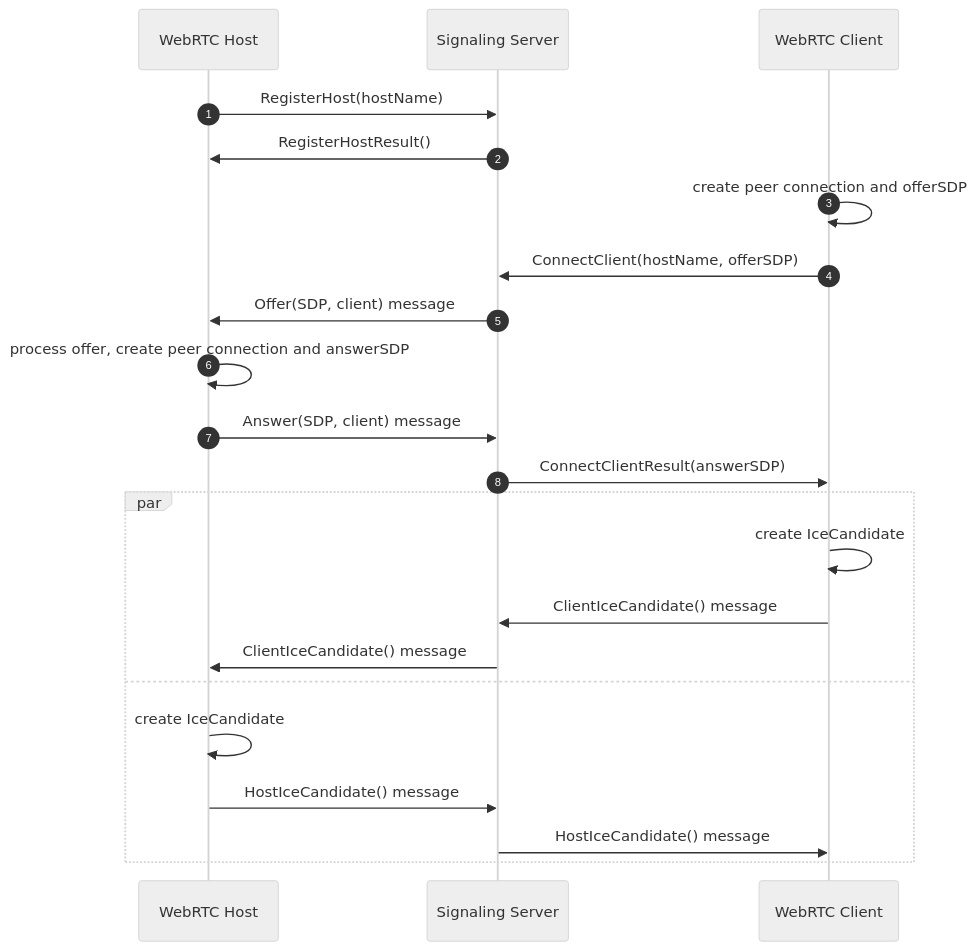
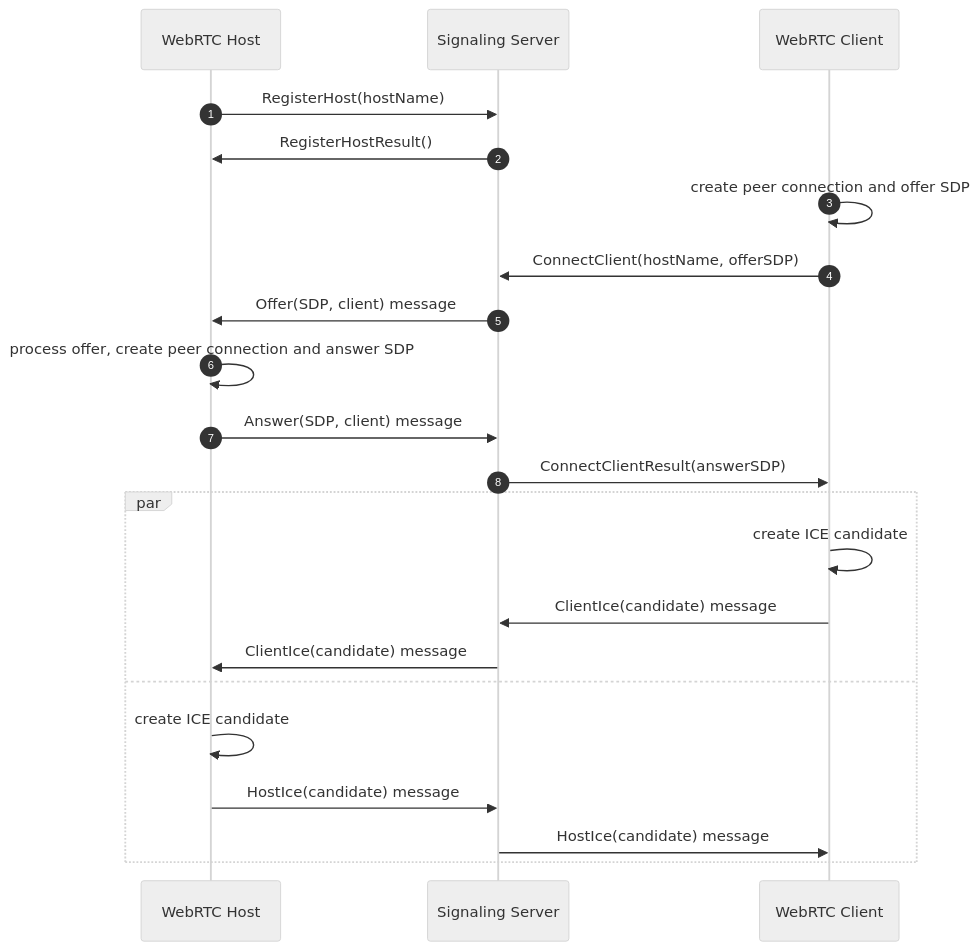
The diagram in Json/Fliox.Hub.WebRTC/README.md (friflo/Friflo.Json.Fliox), drawn with Mermaid (neutral theme) before and after one commit. The commit also changed other lines of this file, not shown here.

Commit message:
WebRTC/README.md update

````diff
--- a/Json/Fliox.Hub.WebRTC/README.md
+++ b/Json/Fliox.Hub.WebRTC/README.md
@@ -18,27 +23,27 @@
 ``` mermaid
 sequenceDiagram
   autonumber
     WebRTC Host      ->>    Signaling Server:   RegisterHost(hostName)
     Signaling Server ->>    WebRTC Host:        RegisterHostResult()
 
-    WebRTC Client    ->>    WebRTC Client:      create peer connection and offerSDP
+    WebRTC Client    ->>    WebRTC Client:      create peer connection and offer SDP
     WebRTC Client    ->>    Signaling Server:   ConnectClient(hostName, offerSDP)
 
     Signaling Server ->>    WebRTC Host:        Offer(SDP, client) message
-    WebRTC Host      ->>    WebRTC Host:        process offer, create peer connection and answerSDP
+    WebRTC Host      ->>    WebRTC Host:        process offer, create peer connection and answer SDP
     WebRTC Host      ->>    Signaling Server:   Answer(SDP, client) message
 
     Signaling Server ->>    WebRTC Client:      ConnectClientResult(answerSDP)
 
   autonumber off
   par
-    WebRTC Client    ->>    WebRTC Client:      create IceCandidate
-    WebRTC Client    ->>    Signaling Server:   ClientIceCandidate() message
-    Signaling Server ->>    WebRTC Host:        ClientIceCandidate() message
+    WebRTC Client    ->>    WebRTC Client:      create ICE candidate
+    WebRTC Client    ->>    Signaling Server:   ClientIce(candidate) message
+    Signaling Server ->>    WebRTC Host:        ClientIce(candidate) message
   and
-    WebRTC Host      ->>    WebRTC Host:        create IceCandidate
-    WebRTC Host      ->>    Signaling Server:   HostIceCandidate() message
-    Signaling Server ->>    WebRTC Client:      HostIceCandidate() message
+    WebRTC Host      ->>    WebRTC Host:        create ICE candidate
+    WebRTC Host      ->>    Signaling Server:   HostIce(candidate) message
+    Signaling Server ->>    WebRTC Client:      HostIce(candidate) message
   end
 
 ``` 
````
